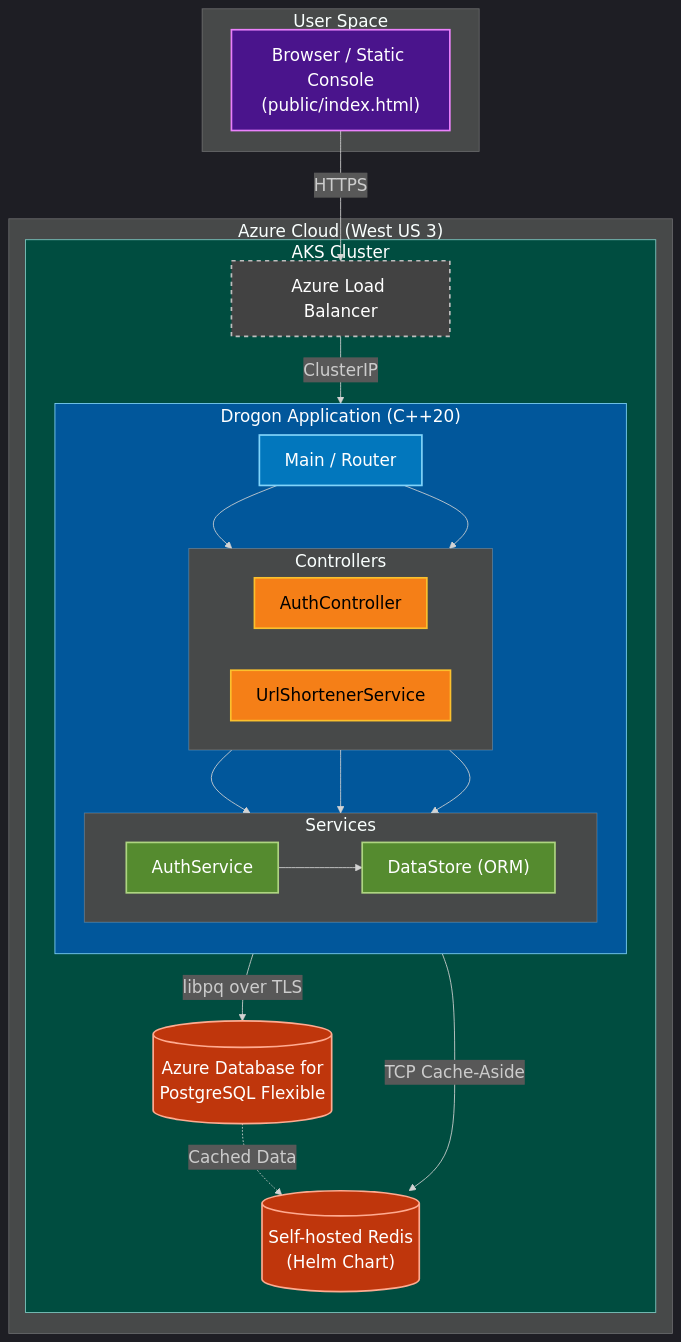
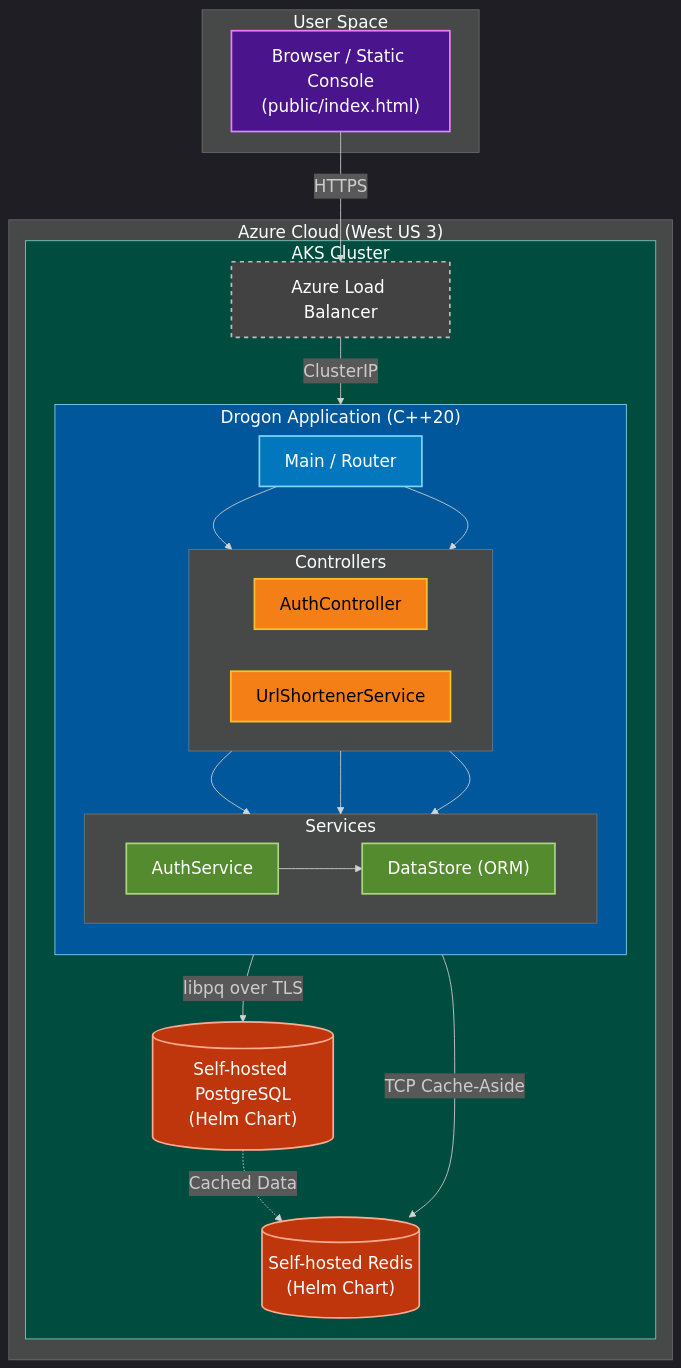
One commit to rajeshkumarblr/myurlshortener changed the diagram in docs/architecture.mmd. Above: the diagram before and after it, drawn with Mermaid. The commit also changed 3 other files, not shown here.

Commit message:
Migrate to self-hosted PostgreSQL via Helm in AKS

```diff
--- a/docs/architecture.mmd
+++ b/docs/architecture.mmd
@@ -1,66 +1,66 @@
 %%{init: {'theme': 'dark', 'themeVariables': { 'fontSize': '20px', 'fontFamily': 'Segoe UI, Tahoma, Geneva, Verdana, sans-serif' }}}%%
 flowchart TB
     subgraph Client [User Space]
         Browser["Browser / Static Console<br>(public/index.html)"]
     end
 
     subgraph Azure ["Azure Cloud (West US 3)"]
         
         subgraph AKS ["AKS Cluster"]
             ALB["Azure Load Balancer"]
 
             subgraph App ["Drogon Application (C++20)"]
                 direction TB
                 Router["Main / Router"]
                 
                 subgraph Controllers ["Controllers"]
                     direction LR
                     AC["AuthController"]
                     US["UrlShortenerService"]
                 end
                 
                 subgraph Services ["Services"]
                     direction LR
                     AS["AuthService"]
                     DS["DataStore (ORM)"]
                 end
             end
 
             Redis[("Self-hosted Redis<br>(Helm Chart)")]
-            Postgres[("Azure Database for<br>PostgreSQL Flexible")]
+            Postgres[("Self-hosted PostgreSQL<br>(Helm Chart)")]
         end
     end
 
     Browser -->|HTTPS| ALB
     ALB -->|ClusterIP| Router
     
     Router --> AC
     Router --> US
     
     AC --> AS
     US --> AS
     
     AS --> DS
     US --> DS
     
     DS -->|libpq over TLS| Postgres
     US -->|TCP Cache-Aside| Redis
     Postgres -.->|Cached Data| Redis
 
     %% Styling
     classDef default color:#fff,stroke-width:2px;
     
     style Browser fill:#4a148c,stroke:#ea80fc
     style ALB fill:#424242,stroke:#bdbdbd,stroke-dasharray: 5 5
     
     style AKS fill:#004d40,stroke:#80cbc4,color:#fff
     style App fill:#01579b,stroke:#81d4fa,color:#fff
     style Router fill:#0277bd,stroke:#81d4fa
     
     style AC fill:#f57f17,stroke:#fbc02d,color:#000
     style US fill:#f57f17,stroke:#fbc02d,color:#000
     style AS fill:#558b2f,stroke:#aed581
     style DS fill:#558b2f,stroke:#aed581
 
     style Redis fill:#bf360c,stroke:#ffab91
     style Postgres fill:#bf360c,stroke:#ffab91
```
